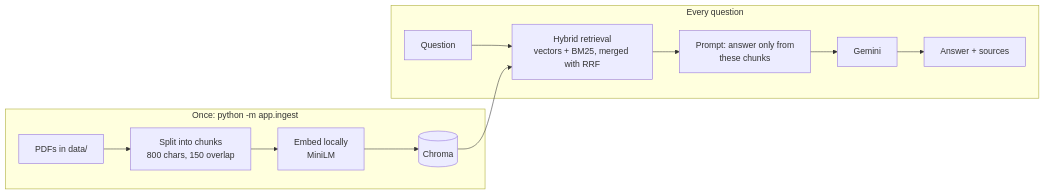
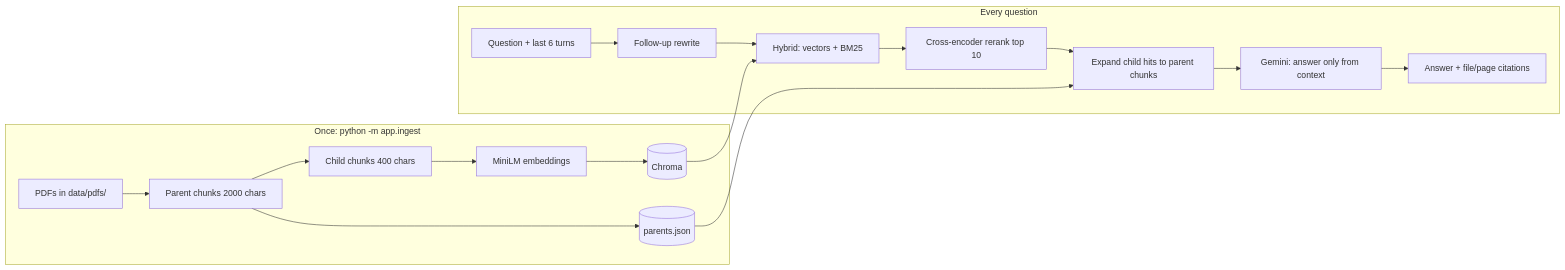
Before and after one commit to manvhi/college-helpdesk-rag: the diagram in README.md, drawn with Mermaid. The commit also changed other lines of this file and 8 other files, not shown here.

````diff
--- a/README.md
+++ b/README.md
@@ -26,15 +15,20 @@
 ```mermaid
 flowchart LR
     subgraph Once["Once: python -m app.ingest"]
-        A[PDFs in data/] --> B[Split into chunks<br/>800 chars, 150 overlap]
-        B --> C[Embed locally<br/>MiniLM]
-        C --> D[(Chroma)]
+        A[PDFs in data/pdfs/] --> B[Parent chunks 2000 chars]
+        B --> C[Child chunks 400 chars]
+        C --> D[MiniLM embeddings]
+        D --> E[(Chroma)]
+        B --> F[(parents.json)]
     end
     subgraph Each["Every question"]
-        Q[Question] --> H[Hybrid retrieval<br/>vectors + BM25, merged with RRF]
-        D --> H
-        H --> P[Prompt: answer only from<br/>these chunks]
-        P --> G[Gemini]
-        G --> R[Answer + sources]
+        Q[Question + last 6 turns] --> W[Follow-up rewrite]
+        W --> H[Hybrid: vectors + BM25]
+        H --> X[Cross-encoder rerank top 10]
+        X --> P[Expand child hits to parent chunks]
+        P --> G[Gemini: answer only from context]
+        G --> R[Answer + file/page citations]
+        E --> H
+        F --> P
     end
 ```
````
